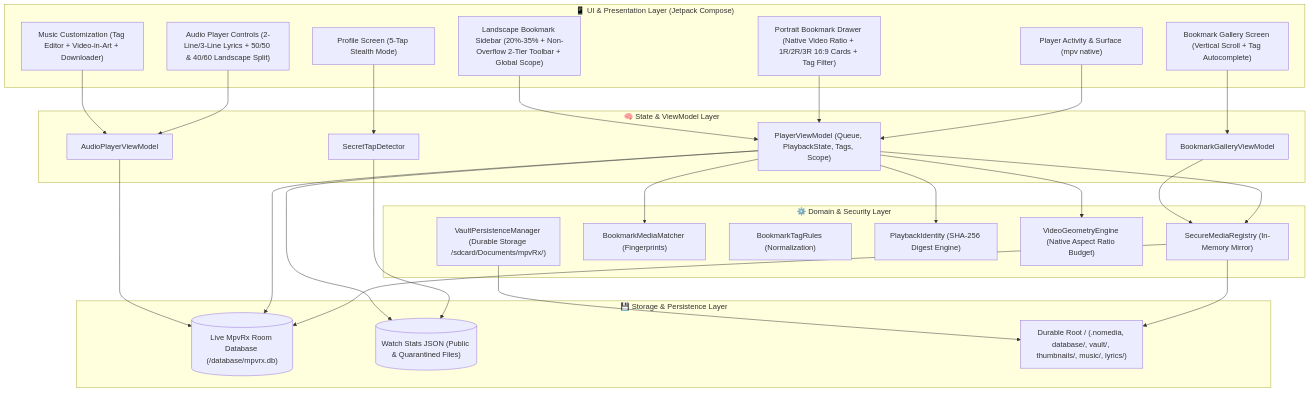
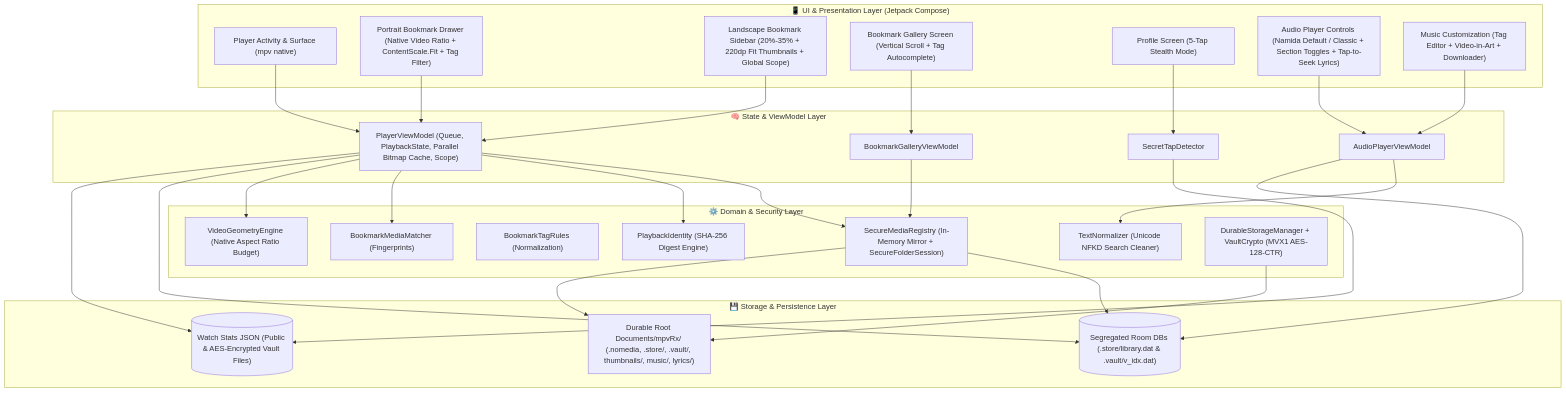
One commit to Mostakim2005/mpvRx changed the first of 8 diagrams in docs/ARCHITECTURE.md. Above: the diagram before and after it, drawn with Mermaid. The commit also changed other lines of this file and 22 other files, not shown here.

````diff
--- a/docs/ARCHITECTURE.md
+++ b/docs/ARCHITECTURE.md
@@ -6,56 +6,58 @@
 ```mermaid
 flowchart TB
     subgraph UI["📱 UI & Presentation Layer (Jetpack Compose)"]
         PlayerView["Player Activity & Surface (mpv native)"]
-        PortraitDrawer["Portrait Bookmark Drawer (Native Video Ratio + 1R/2R/3R 16:9 Cards + Tag Filter)"]
-        LandscapeSidebar["Landscape Bookmark Sidebar (20%-35% + Non-Overflow 2-Tier Toolbar + Global Scope)"]
+        PortraitDrawer["Portrait Bookmark Drawer (Native Video Ratio + ContentScale.Fit + Tag Filter)"]
+        LandscapeSidebar["Landscape Bookmark Sidebar (20%-35% + 220dp Fit Thumbnails + Global Scope)"]
         GalleryModal["Bookmark Gallery Screen (Vertical Scroll + Tag Autocomplete)"]
         ProfileSec["Profile Screen (5-Tap Stealth Mode)"]
-        AudioUI["Audio Player Controls (2-Line/3-Line Lyrics + 50/50 & 40/60 Landscape Split)"]
+        AudioUI["Audio Player Controls (Namida Default / Classic + Section Toggles + Tap-to-Seek Lyrics)"]
         MusicCustomUI["Music Customization (Tag Editor + Video-in-Art + Downloader)"]
     end
 
     subgraph State["🧠 State & ViewModel Layer"]
-        PlayerVM["PlayerViewModel (Queue, PlaybackState, Tags, Scope)"]
+        PlayerVM["PlayerViewModel (Queue, PlaybackState, Parallel Bitmap Cache, Scope)"]
         GalleryVM["BookmarkGalleryViewModel"]
         AudioVM["AudioPlayerViewModel"]
         SecDetector["SecretTapDetector"]
     end
 
     subgraph Domain["⚙️ Domain & Security Layer"]
-        Registry["SecureMediaRegistry (In-Memory Mirror)"]
+        Registry["SecureMediaRegistry (In-Memory Mirror + SecureFolderSession)"]
         Matcher["BookmarkMediaMatcher (Fingerprints)"]
         TagRules["BookmarkTagRules (Normalization)"]
+        TextNorm["TextNormalizer (Unicode NFKD Search Cleaner)"]
         Identity["PlaybackIdentity (SHA-256 Digest Engine)"]
         Geometry["VideoGeometryEngine (Native Aspect Ratio Budget)"]
-        VaultPersistence["VaultPersistenceManager (Durable Storage /sdcard/Documents/mpvRx/)"]
+        VaultPersistence["DurableStorageManager + VaultCrypto (MVX1 AES-128-CTR)"]
     end
 
     subgraph Data["💾 Storage & Persistence Layer"]
-        RoomDB[("Live MpvRx Room Database (<UserFolder>/database/mpvrx.db)")]
-        WatchStats[("Watch Stats JSON (Public & Quarantined Files)")]
-        DurableVault["Durable Root <UserRoot>/ (.nomedia, database/, vault/, thumbnails/, music/, lyrics/)"]
+        RoomDB[("Segregated Room DBs (.store/library.dat & .vault/v_idx.dat)")]
+        WatchStats[("Watch Stats JSON (Public & AES-Encrypted Vault Files)")]
+        DurableVault["Durable Root Documents/mpvRx/ (.nomedia, .store/, .vault/, thumbnails/, music/, lyrics/)"]
     end
 
     PlayerView --> PlayerVM
     PortraitDrawer --> PlayerVM
     LandscapeSidebar --> PlayerVM
     GalleryModal --> GalleryVM
     ProfileSec --> SecDetector
     AudioUI --> AudioVM
     MusicCustomUI --> AudioVM
 
     PlayerVM --> Registry
     PlayerVM --> Identity
     PlayerVM --> Matcher
     PlayerVM --> Geometry
+    AudioVM --> TextNorm
     GalleryVM --> Registry
     SecDetector --> WatchStats
 
     Registry --> RoomDB
     Registry --> DurableVault
     VaultPersistence --> DurableVault
     PlayerVM --> RoomDB
     PlayerVM --> WatchStats
     AudioVM --> RoomDB
 ```
````
